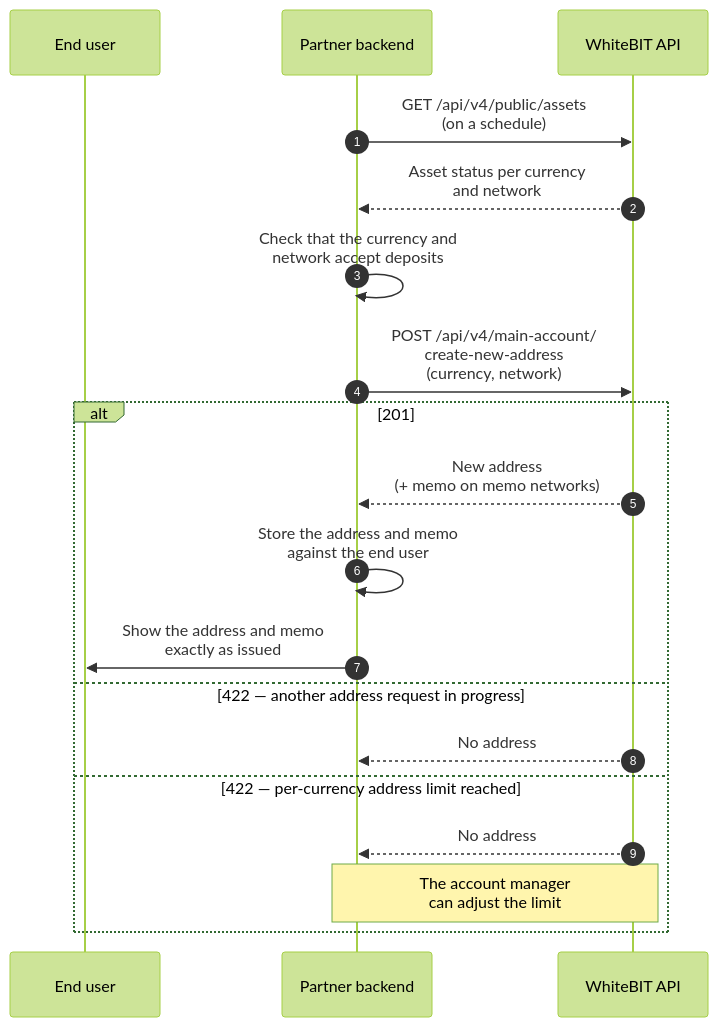
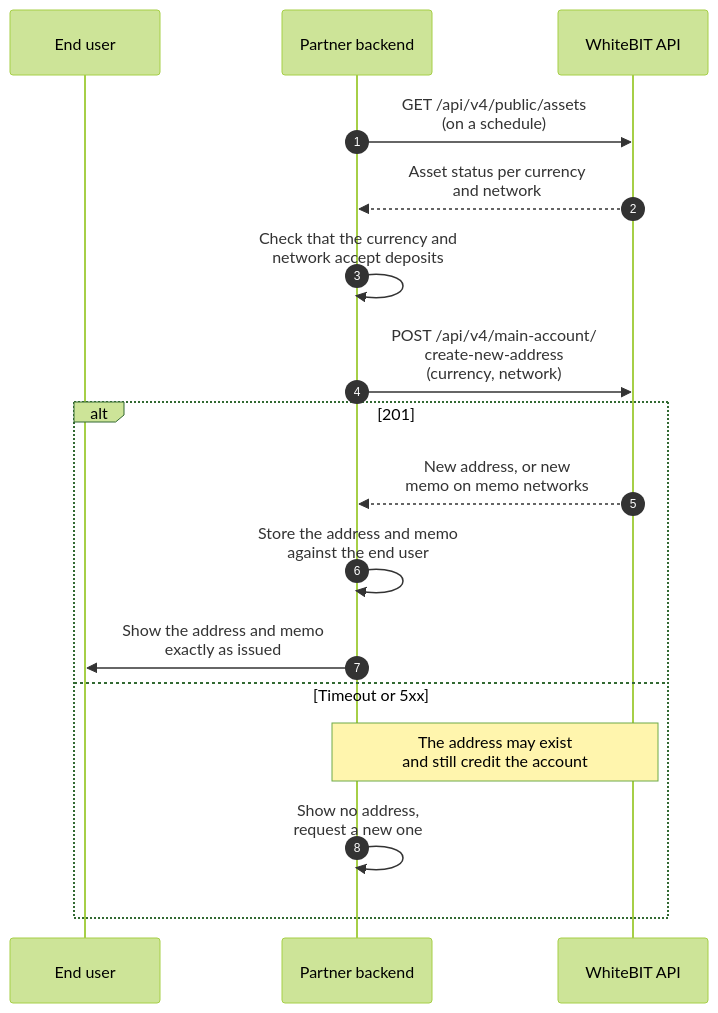
Before and after one commit to whitebit-exchange/docs: the second of 5 diagrams in guides/caas-integration.mdx, drawn with Mermaid (forest theme). The commit also changed other lines of this file and 8 other files, not shown here.

First line of the commit message:
docs(api): fix create-new-address limit and errors

````diff
--- a/guides/caas-integration.mdx
+++ b/guides/caas-integration.mdx
@@ -127,22 +130,20 @@
 ```mermaid
 sequenceDiagram
     autonumber
     participant U as End user
     participant P as Partner backend
     participant W as WhiteBIT API
 
     P->>W: GET /api/v4/public/assets<br/>(on a schedule)
     W-->>P: Asset status per currency<br/>and network
     P->>P: Check that the currency and<br/>network accept deposits
     P->>W: POST /api/v4/main-account/<br/>create-new-address<br/>(currency, network)
     alt 201
-        W-->>P: New address<br/>(+ memo on memo networks)
+        W-->>P: New address, or new<br/>memo on memo networks
         P->>P: Store the address and memo<br/>against the end user
         P->>U: Show the address and memo<br/>exactly as issued
-    else 422 — another address request in progress
-        W-->>P: No address
-    else 422 — per-currency address limit reached
-        W-->>P: No address
-        Note over P,W: The account manager<br/>can adjust the limit
+    else Timeout or 5xx
+        Note over P,W: The address may exist<br/>and still credit the account
+        P->>P: Show no address,<br/>request a new one
     end
 ```
````
